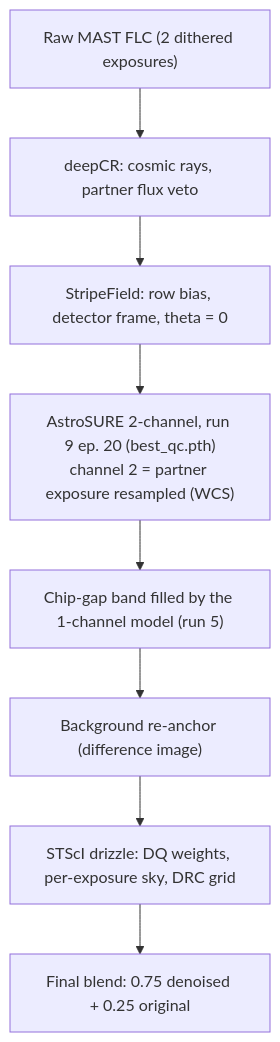
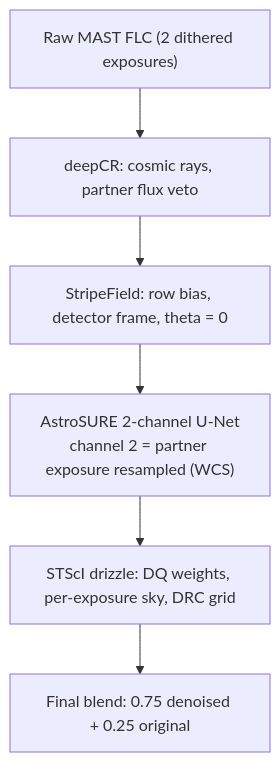
Before and after one commit to BB-Astro/AstroSURE: the diagram in README.md, drawn with Mermaid. The commit also changed other lines of this file, not shown here.

Commit message:
Rewrite README as a user guide, move the run history to the notebook

````diff
--- a/README.md
+++ b/README.md
@@ -23,10 +23,8 @@
 ```mermaid
 flowchart TD
     A["Raw MAST FLC (2 dithered exposures)"] --> B["deepCR: cosmic rays, partner flux veto"]
     B --> C["StripeField: row bias, detector frame, theta = 0"]
-    C --> D["AstroSURE 2-channel, run 9 ep. 20 (best_qc.pth)<br/>channel 2 = partner exposure resampled (WCS)"]
-    D --> E["Chip-gap band filled by the 1-channel model (run 5)"]
-    E --> F["Background re-anchor (difference image)"]
-    F --> G["STScI drizzle: DQ weights, per-exposure sky, DRC grid"]
-    G --> H["Final blend: 0.75 denoised + 0.25 original"]
+    C --> D["AstroSURE 2-channel U-Net<br/>channel 2 = partner exposure resampled (WCS)"]
+    D --> E["STScI drizzle: DQ weights, per-exposure sky, DRC grid"]
+    E --> F["Final blend: 0.75 denoised + 0.25 original"]
 ```
````
